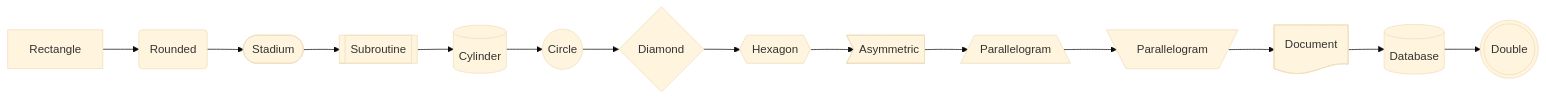
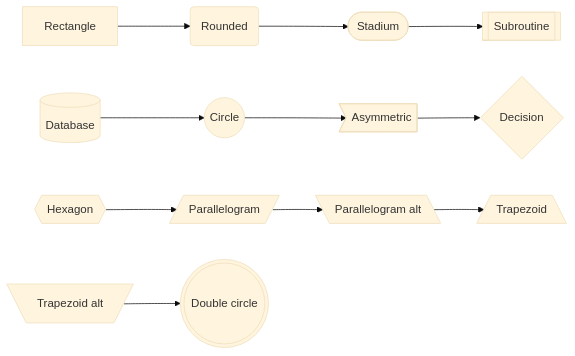
Before and after one commit to mark3labs/mergo: the diagram in examples/flowchart/shapes.mmd, drawn with Mermaid (base theme). The commit also changed 15 other files, not shown here.

Commit message:
Rewrite flowchart: full parser, v11 shapes, subgraphs, styling

```diff
--- a/examples/flowchart/shapes.mmd
+++ b/examples/flowchart/shapes.mmd
@@ -1,17 +1,5 @@
 flowchart LR
-    A[Rectangle]
-    B(Rounded)
-    C([Stadium])
-    D[[Subroutine]]
-    E[(Cylinder)]
-    F((Circle))
-    G{Diamond}
-    H{{Hexagon}}
-    I>Asymmetric]
-    J[/Parallelogram\]
-    K[\Parallelogram/]
-    L@{ shape: doc, label: "Document" }
-    M@{ shape: cyl, label: "Database" }
-    N@{ shape: dbl-circ, label: "Double" }
-    
-    A --> B --> C --> D --> E --> F --> G --> H --> I --> J --> K --> L --> M --> N
+    a[Rectangle] --> b(Rounded) --> c([Stadium]) --> d[[Subroutine]]
+    e[(Database)] --> f((Circle)) --> g>Asymmetric] --> h{Decision}
+    i{{Hexagon}} --> j[/Parallelogram/] --> k[\Parallelogram alt\] --> l[/Trapezoid\]
+    m[\Trapezoid alt/] --> n(((Double circle)))
```
